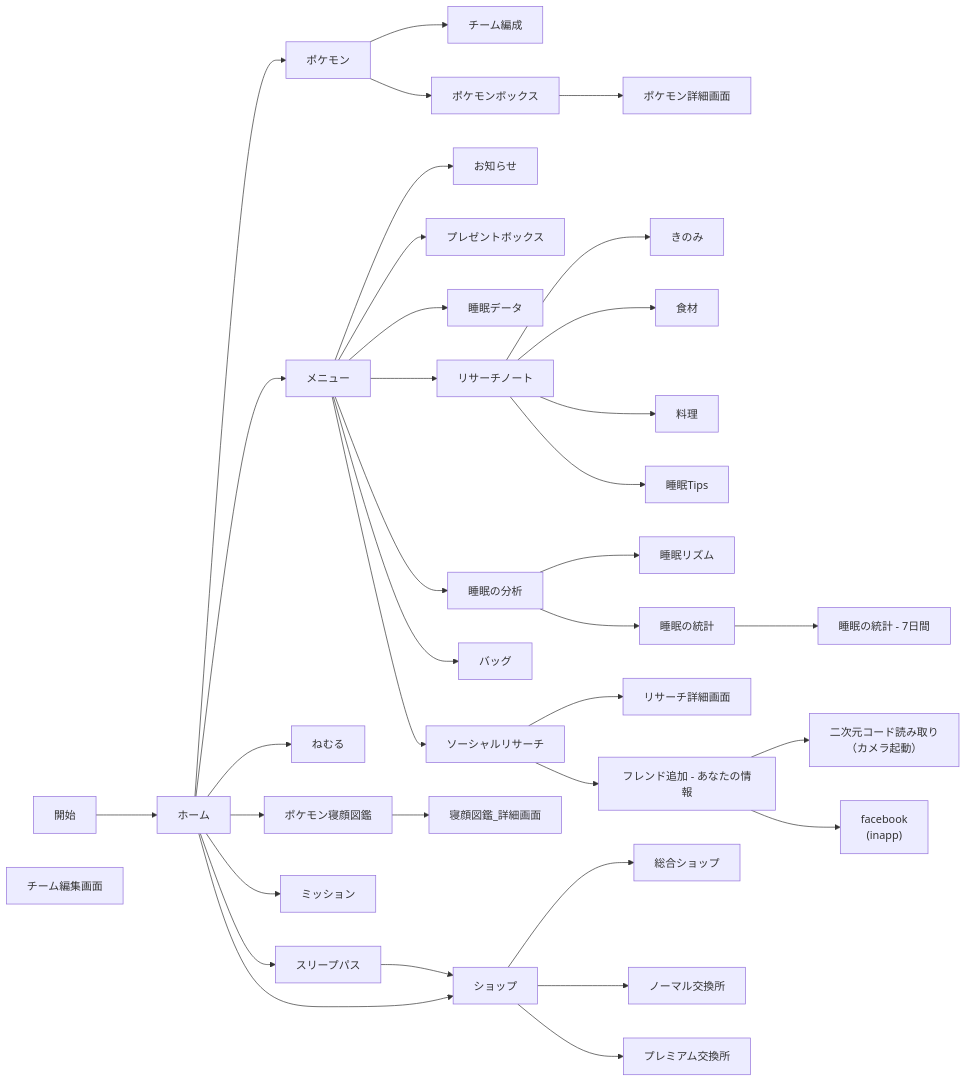
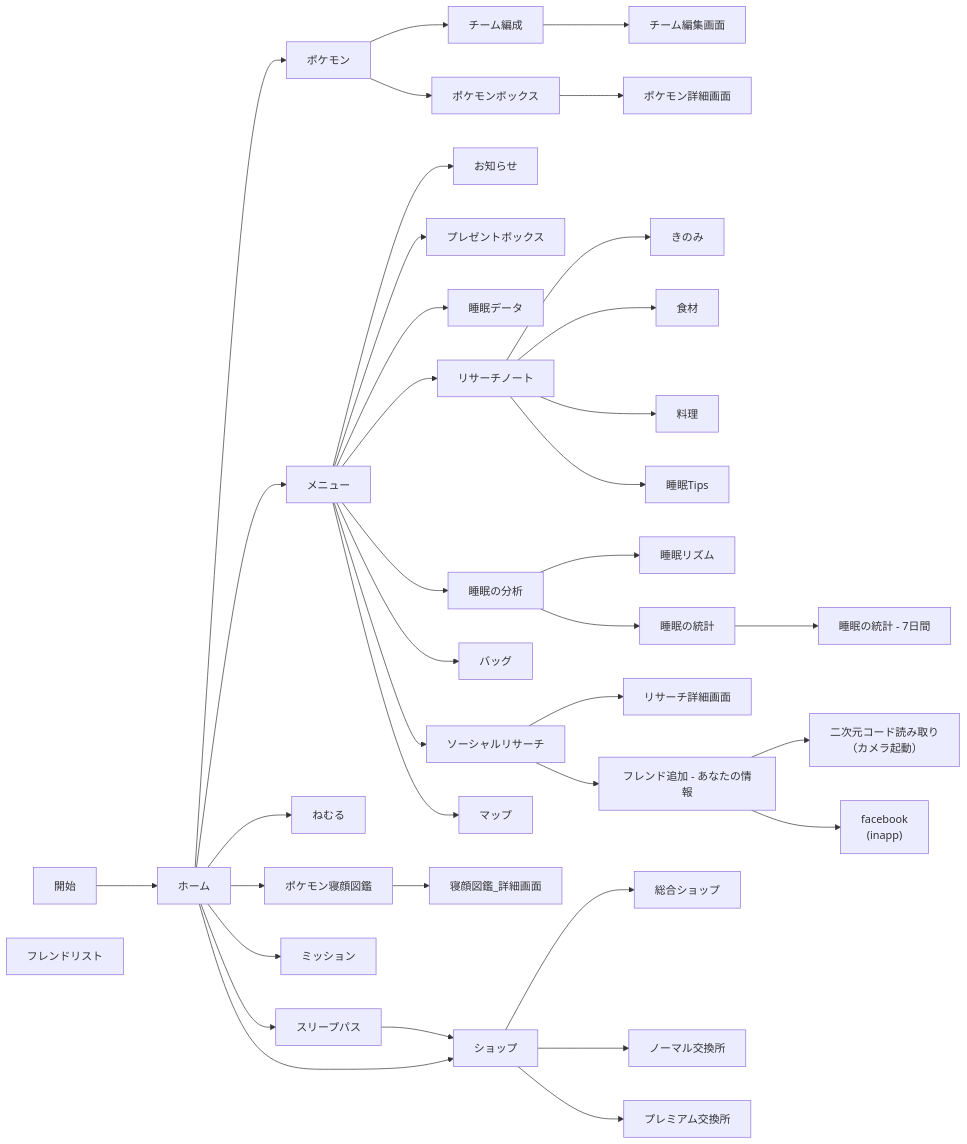
Before and after one commit to mrsmsn/poke-sleep-docs: the diagram in ja/screen_flow.md, drawn with Mermaid.

```diff
--- a/ja/screen_flow.md
+++ b/ja/screen_flow.md
@@ -30,6 +30,8 @@
     add_friend[フレンド追加 - あなたの情報]
       read_qr["二次元コード読み取り\n（カメラ起動）"]
       facebook["facebook\n(inapp)"]
+    list_friend[フレンドリスト]
+  maps[マップ]
 
   %% slp_pokedex[ポケモン寝顔図鑑]
   
@@ -51,6 +53,7 @@
 
 home --> pokemon
  pokemon --> p_team
+   p_team --> edit_team
  pokemon --> p_box
   p_box --> p_detail
 
@@ -73,6 +76,7 @@
   social_research --> add_friend 
   add_friend --> read_qr
   add_friend --> facebook
+ menu --> maps
 
 %% TODO:メニュー数が多すぎて途中
 
```
